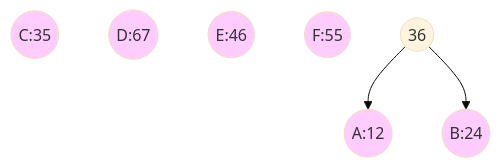
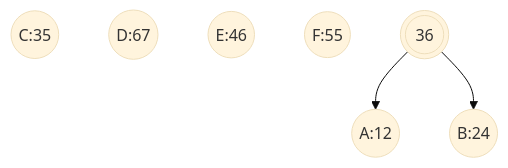
The second of 7 diagrams in _posts/DataStructure/Tree/BinaryTree/2020-01-16-哈夫曼树.md (dmjcb/dmjcb.github.io), drawn with Mermaid (base theme) before and after one commit. The commit also changed other lines of this file and 78 other files, not shown here.

Commit message:
更新git部分图片;添加工作台图片

````diff
--- a/_posts/DataStructure/Tree/BinaryTree/2020-01-16-哈夫曼树.md
+++ b/_posts/DataStructure/Tree/BinaryTree/2020-01-16-哈夫曼树.md
@@ -33,13 +31,11 @@
 ```mermaid
 graph TB
-    C((C:35)):::Style
-    D((D:67)):::Style
-    E((E:46)):::Style
-    F((F:55)):::Style
+    C((C:35))
+    D((D:67))
+    E((E:46))
+    F((F:55))
 
-    X((36)) 
-    X --> A((A:12)):::Style
-    X --> B((B:24)):::Style
-
-    classDef Style fill:#FFCCFF
+    X(((36))) 
+    X --> A((A:12))
+    X --> B((B:24))
 ```
````
